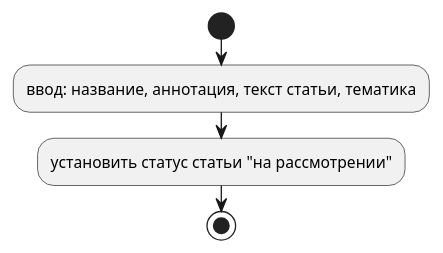
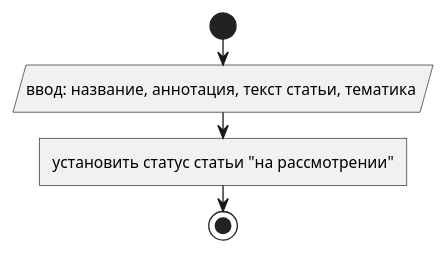
Before and after one commit to warkamelon/Gitnew: the diagram in docs/block2.puml, drawn with PlantUML. The commit also changed 1 other file, not shown here.

Commit message:
Изменение блок-схем

```diff
--- a/docs/block2.puml
+++ b/docs/block2.puml
@@ -1,6 +1,6 @@
 @startuml
 start
-:ввод: название, аннотация, текст статьи, тематика;
-:установить статус статьи "на рассмотрении";
+:ввод: название, аннотация, текст статьи, тематика /
+:установить статус статьи "на рассмотрении"]
 stop
 @enduml
```
